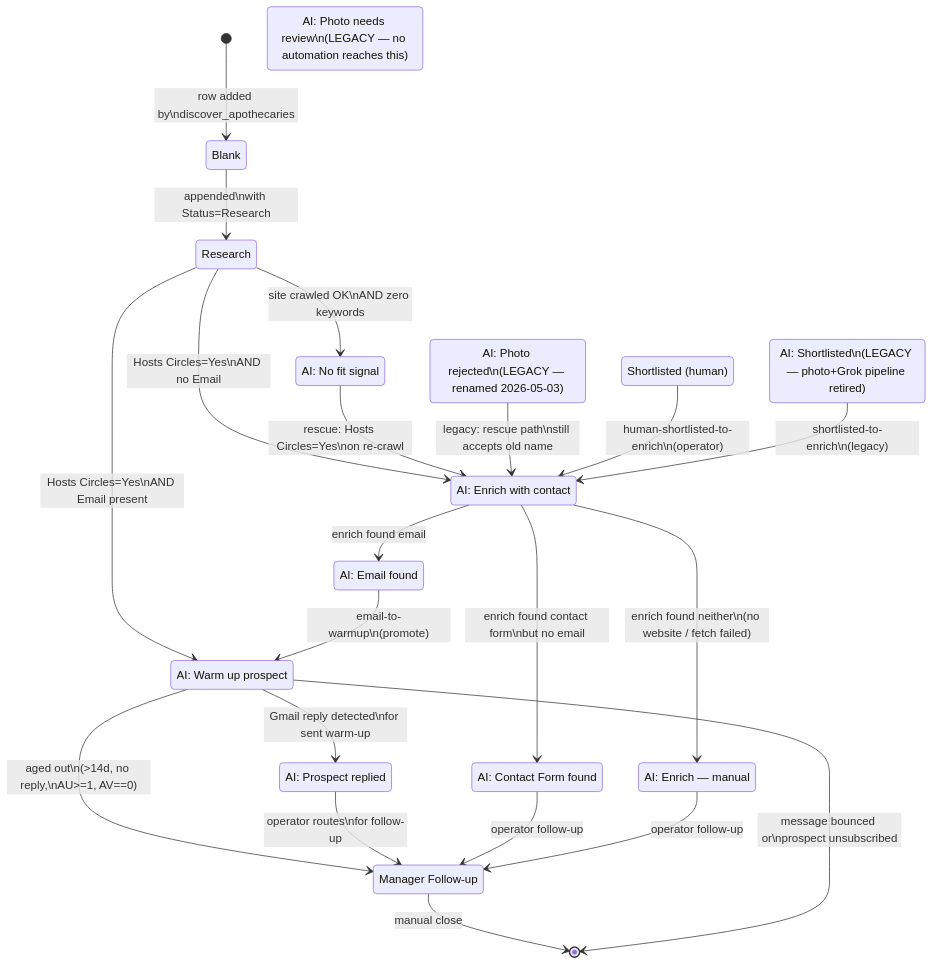
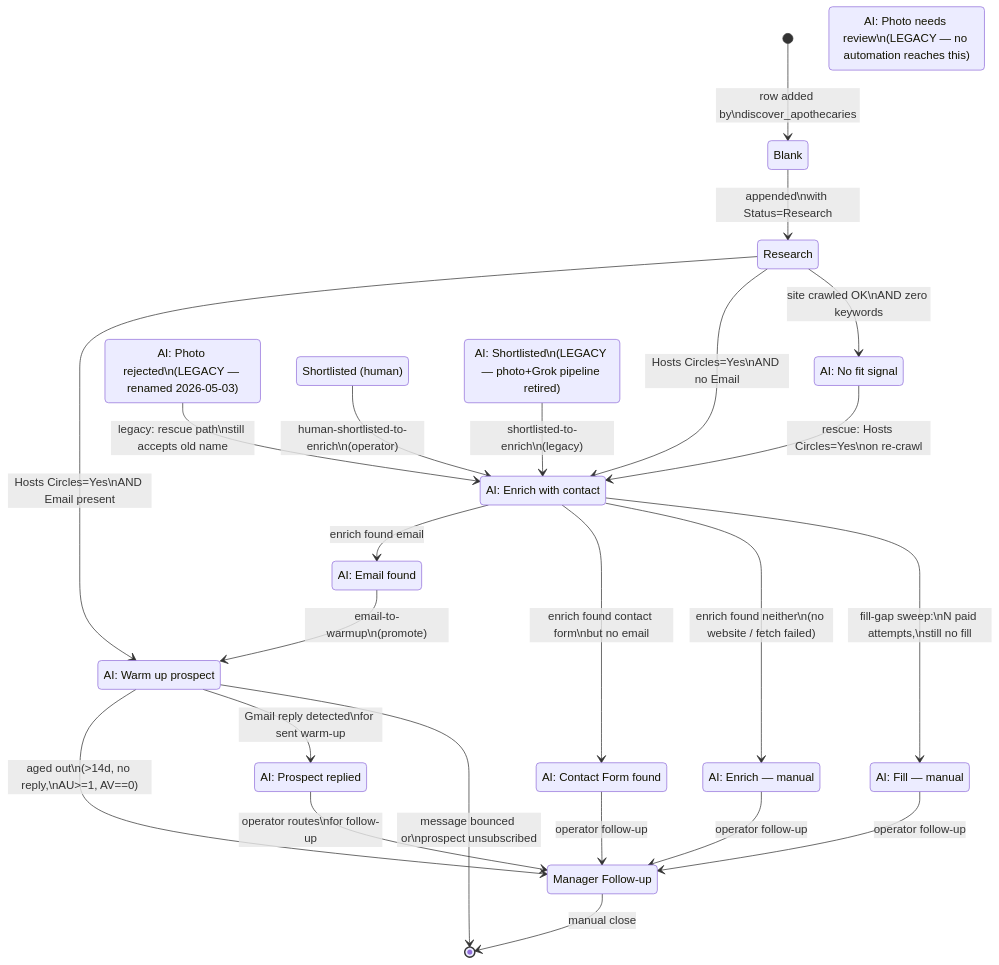
Before and after one commit to TrueSightDAO/agentic_ai_context: the diagram in partner/HIT_LIST_STATE_MACHINE.md, drawn with Mermaid. The commit also changed other lines of this file, not shown here.

Commit message:
Document AI: Fill — manual as the 14th Hit List state

````diff
--- a/partner/HIT_LIST_STATE_MACHINE.md
+++ b/partner/HIT_LIST_STATE_MACHINE.md
@@ -34,47 +38,50 @@
 ```mermaid
 stateDiagram-v2
     [*] --> Blank: row added by\ndiscover_apothecaries
     Blank --> Research: appended\nwith Status=Research
 
     Research --> Warmup: Hosts Circles=Yes\nAND Email present
     Research --> Enrich: Hosts Circles=Yes\nAND no Email
     Research --> NoFitSignal: site crawled OK\nAND zero keywords
 
     NoFitSignal --> Enrich: rescue: Hosts Circles=Yes\non re-crawl
     PhotoRejected --> Enrich: legacy: rescue path\nstill accepts old name
 
     Shortlisted --> Enrich: human-shortlisted-to-enrich\n(operator)
     AIShortlisted --> Enrich: shortlisted-to-enrich\n(legacy)
 
     Enrich --> EmailFound: enrich found email
     Enrich --> ContactForm: enrich found contact form\nbut no email
     Enrich --> EnrichManual: enrich found neither\n(no website / fetch failed)
+    Enrich --> FillManual: fill-gap sweep:\nN paid attempts,\nstill no fill
 
     EmailFound --> Warmup: email-to-warmup\n(promote)
 
     Warmup --> ManagerFollowup: aged out\n(>14d, no reply,\nAU>=1, AV==0)
     Warmup --> Replied: Gmail reply detected\nfor sent warm-up
 
     Replied --> ManagerFollowup: operator routes\nfor follow-up
 
     ContactForm --> ManagerFollowup: operator follow-up
     EnrichManual --> ManagerFollowup: operator follow-up
+    FillManual --> ManagerFollowup: operator follow-up
 
     ManagerFollowup --> [*]: manual close
     Warmup --> [*]: message bounced or\nprospect unsubscribed
 
     PhotoRejected: AI: Photo rejected\n(LEGACY — renamed 2026-05-03)
     PhotoNeedsReview: AI: Photo needs review\n(LEGACY — no automation reaches this)
     AIShortlisted: AI: Shortlisted\n(LEGACY — photo+Grok pipeline retired)
 
     Research: Research
     Enrich: AI: Enrich with contact
     EmailFound: AI: Email found
     ContactForm: AI: Contact Form found
     EnrichManual: AI: Enrich — manual
+    FillManual: AI: Fill — manual
     Warmup: AI: Warm up prospect
     Replied: AI: Prospect replied
     ManagerFollowup: Manager Follow-up
     NoFitSignal: AI: No fit signal
     Shortlisted: Shortlisted (human)
 ```
````
